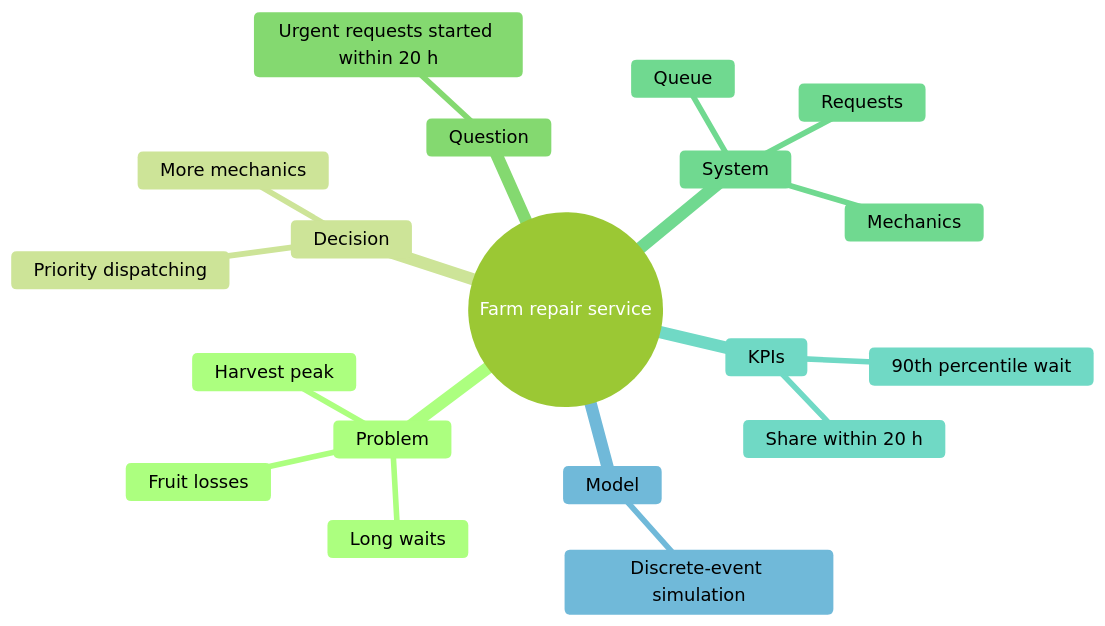
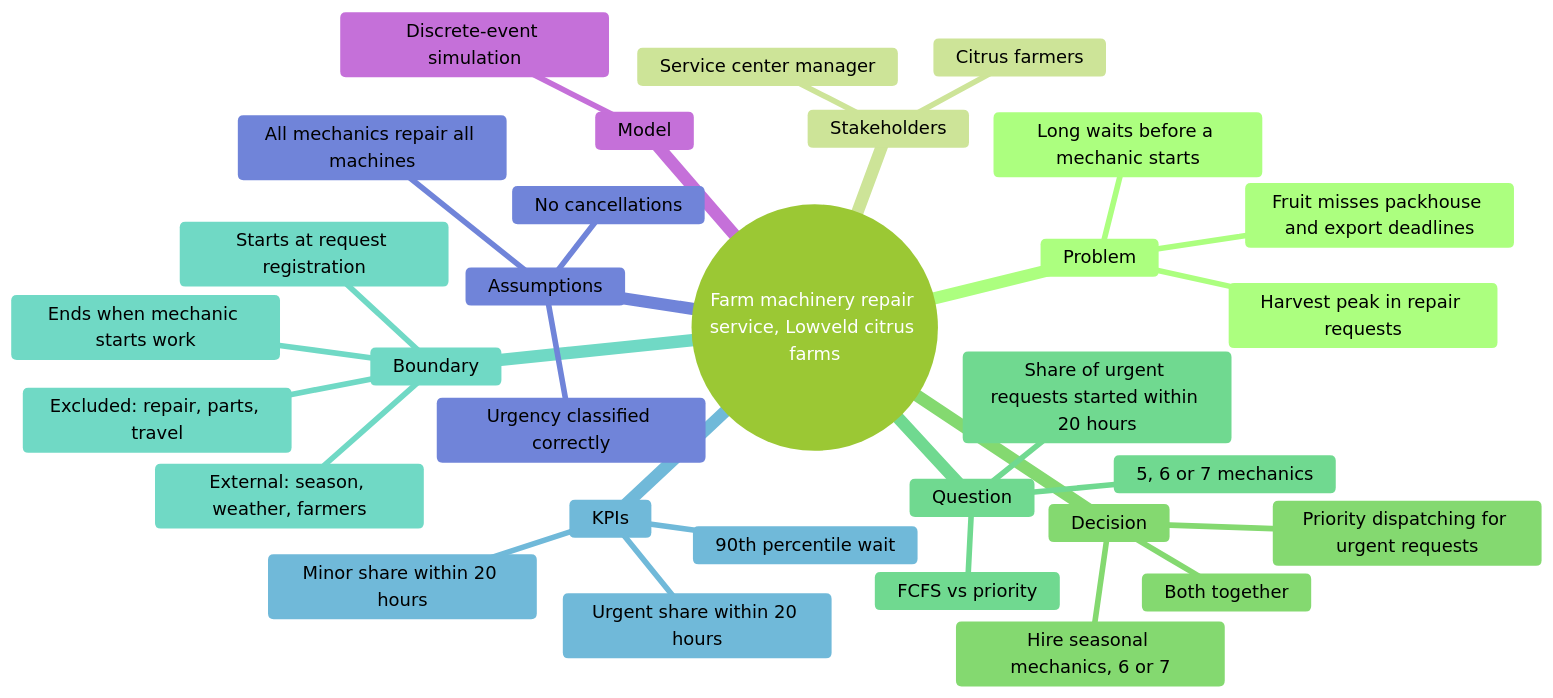
The first of 2 diagrams in README.md (Timana442/Citrus-Farm-Repair-Model), drawn with Mermaid (forest theme) before and after one commit.

````diff
--- a/README.md
+++ b/README.md
@@ -5,22 +5,34 @@
 ```mermaid
 mindmap
-  root((Farm repair service))
+  root((Farm machinery repair service, Lowveld citrus farms))
     Problem
-      Harvest peak
-      Long waits
-      Fruit losses
+      Harvest peak in repair requests
+      Long waits before a mechanic starts
+      Fruit misses packhouse and export deadlines
+    Stakeholders
+      Service center manager
+      Citrus farmers
     Decision
-      More mechanics
-      Priority dispatching
+      Hire seasonal mechanics, 6 or 7
+      Priority dispatching for urgent requests
+      Both together
     Question
-      Urgent requests started within 20 h
-    System
-      Requests
-      Queue
-      Mechanics
+      Share of urgent requests started within 20 hours
+      5, 6 or 7 mechanics
+      FCFS vs priority
+    Boundary
+      Starts at request registration
+      Ends when mechanic starts work
+      External: season, weather, farmers
+      Excluded: repair, parts, travel
     KPIs
-      Share within 20 h
+      Urgent share within 20 hours
       90th percentile wait
+      Minor share within 20 hours
+    Assumptions
+      All mechanics repair all machines
+      Urgency classified correctly
+      No cancellations
     Model
       Discrete-event simulation
 ```
````
